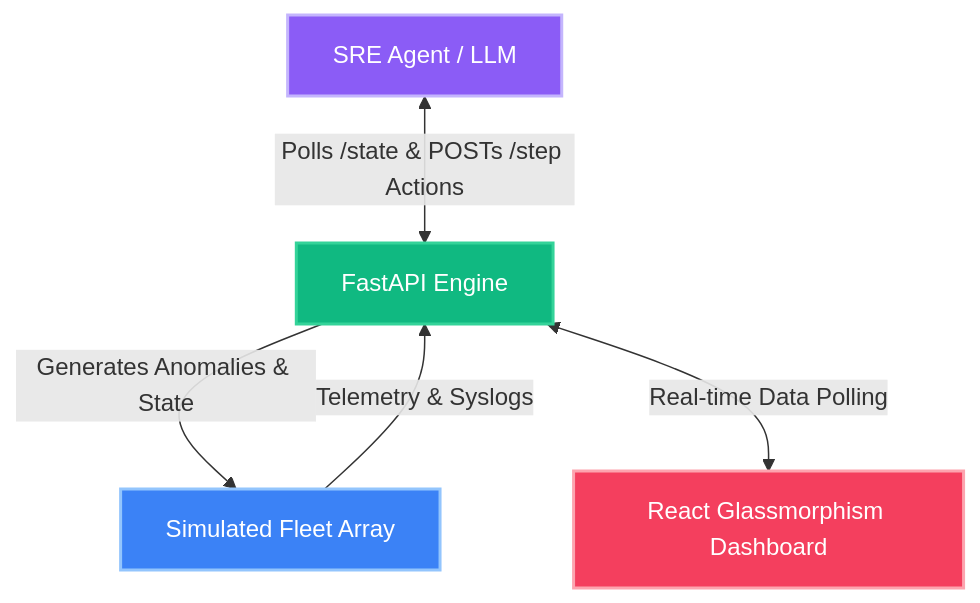
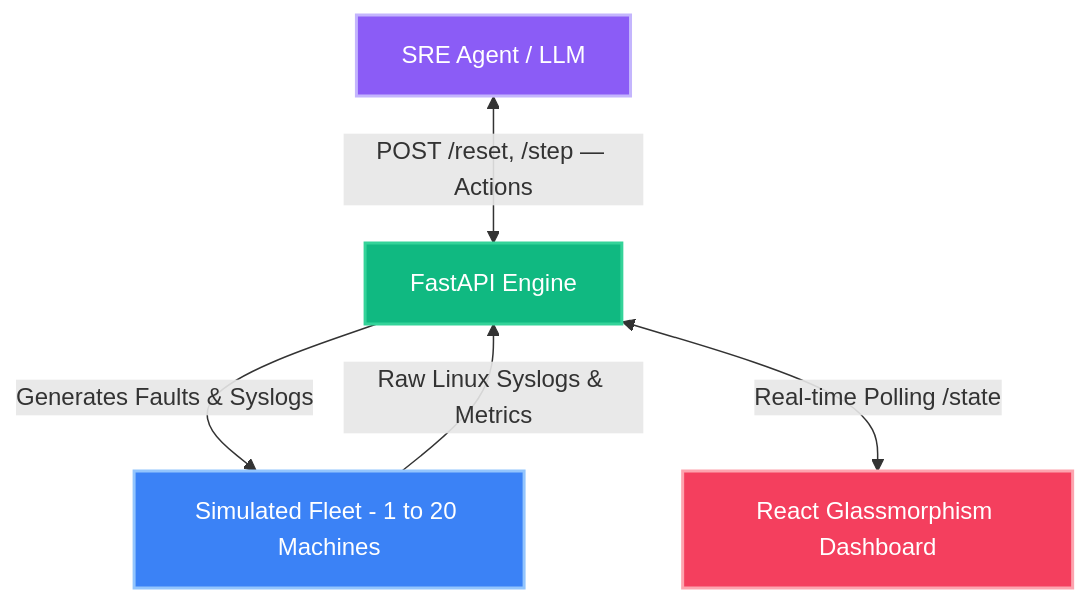
The diagram in README.md (sandeepsaha232-eng/SRC-SIMULATOR-META-HACKATHON), drawn with Mermaid before and after one commit. The commit also changed other lines of this file and 12 other files, not shown here.

````diff
--- a/README.md
+++ b/README.md
@@ -36,12 +38,12 @@
 ```mermaid
 graph TD
-    A[SRE Agent / LLM] <-->|Polls /state & POSTs /step Actions| B[FastAPI Engine]
-    B -->|Generates Anomalies & State| C[Simulated Fleet Array]
-    C -->|Telemetry & Syslogs| B
-    B <-->|Real-time Data Polling| D[React Glassmorphism Dashboard]
+    A[SRE Agent / LLM] <-->|POST /reset, /step — Actions| B[FastAPI Engine]
+    B -->|Generates Faults & Syslogs| C[Simulated Fleet - 1 to 20 Machines]
+    C -->|Raw Linux Syslogs & Metrics| B
+    B <-->|Real-time Polling /state| D[React Glassmorphism Dashboard]
     
     style A fill:#8b5cf6,stroke:#c4b5fd,stroke-width:2px,color:#fff
     style B fill:#10b981,stroke:#34d399,stroke-width:2px,color:#fff
     style C fill:#3b82f6,stroke:#93c5fd,stroke-width:2px,color:#fff
     style D fill:#f43f5e,stroke:#fda4af,stroke-width:2px,color:#fff
 ```
````
